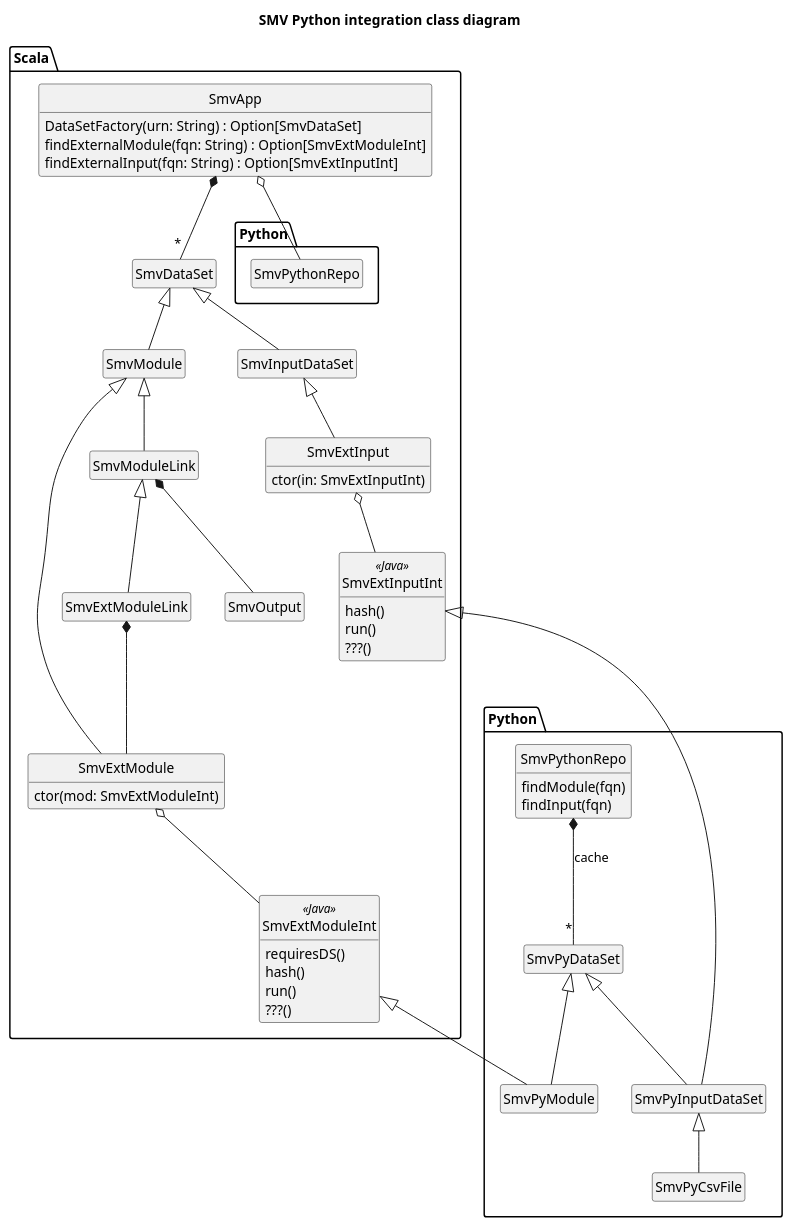
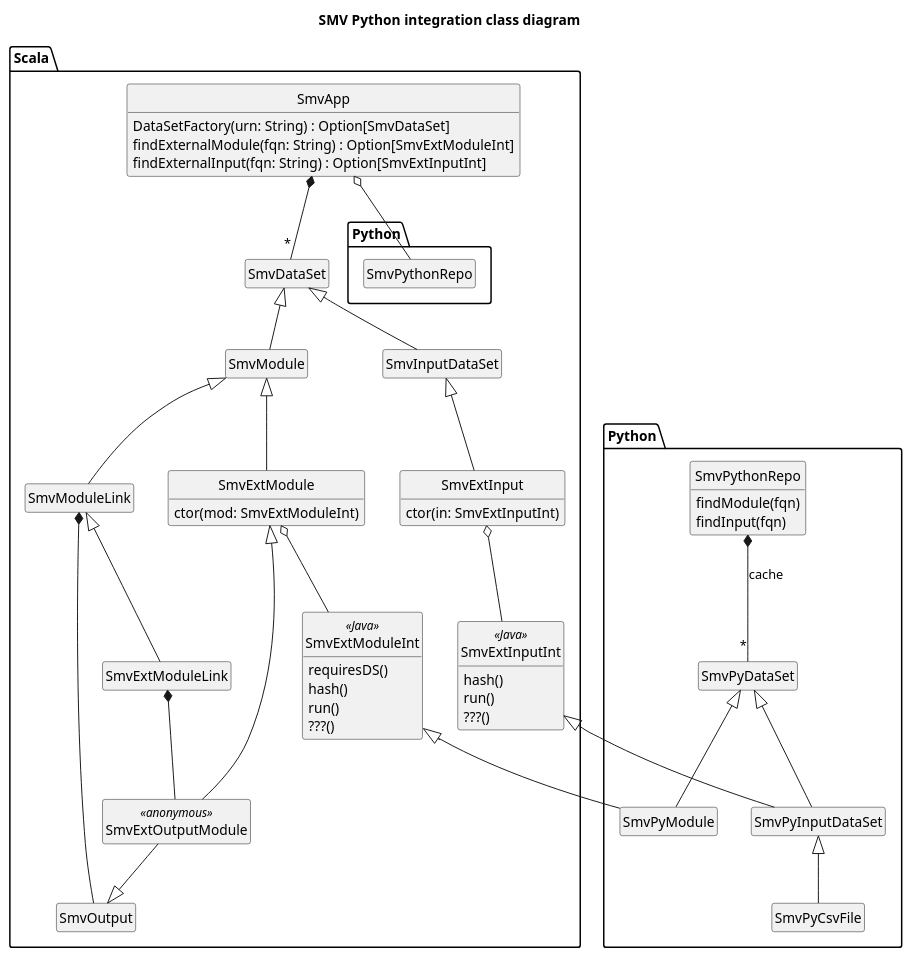
The diagram in docs/design/Python/py_api_class.puml (TresAmigosSD/SMV), drawn with PlantUML before and after one commit.

Commit message:
Added SmvExtOutputModule to class diagram

```diff
--- a/docs/design/Python/py_api_class.puml
+++ b/docs/design/Python/py_api_class.puml
@@ -1,70 +1,73 @@
 @startuml
 
 title SMV Python integration class diagram
 
 hide empty methods
 hide empty fields
 hide circle
 
 package Scala {
   class SmvApp {
     DataSetFactory(urn: String) : Option[SmvDataSet]
     findExternalModule(fqn: String) : Option[SmvExtModuleInt]
     findExternalInput(fqn: String) : Option[SmvExtInputInt]
   }
   class SmvOutput
   class SmvDataSet
   class SmvInputDataSet extends SmvDataSet
   class Scala.SmvExtModuleInt <<Java>> {
     requiresDS()
     hash()
     run()
     ???()
   }
   class Scala.SmvExtInputInt <<Java>> {
     hash()
     run()
     ???()
   }
 
   SmvApp o-- Python.SmvPythonRepo
   SmvApp *-- "*" SmvDataSet
 
   class SmvModuleLink extends SmvModule
   SmvModuleLink *-- SmvOutput
 
   class SmvModule extends SmvDataSet
 
   class SmvExtModule extends SmvModule {
     ctor(mod: SmvExtModuleInt)
   }
   SmvExtModule o-- Scala.SmvExtModuleInt
 
+  class SmvExtOutputModule <<anonymous>> extends SmvExtModule
+  SmvExtOutputModule --|> SmvOutput
+
   class SmvExtInput extends SmvInputDataSet {
     ctor(in: SmvExtInputInt)
   }
   SmvExtInput o-- Scala.SmvExtInputInt
 
   class SmvExtModuleLink extends SmvModuleLink
-  SmvExtModuleLink *-- SmvExtModule
+  SmvExtModuleLink *-- SmvExtOutputModule
 }
 
 package Python {
   class SmvPythonRepo {
     findModule(fqn)
     findInput(fqn)
   }
   class SmvPyDataSet
 
   class SmvPyModule extends Scala.SmvExtModuleInt
   SmvPyModule -U-|> SmvPyDataSet
 
   class SmvPyInputDataSet extends Scala.SmvExtInputInt
   SmvPyInputDataSet -U-|> SmvPyDataSet
 
   SmvPythonRepo *-- "*" SmvPyDataSet : "cache"
 
   SmvPyCsvFile -U-|> SmvPyInputDataSet
 }
 
 @enduml
```
